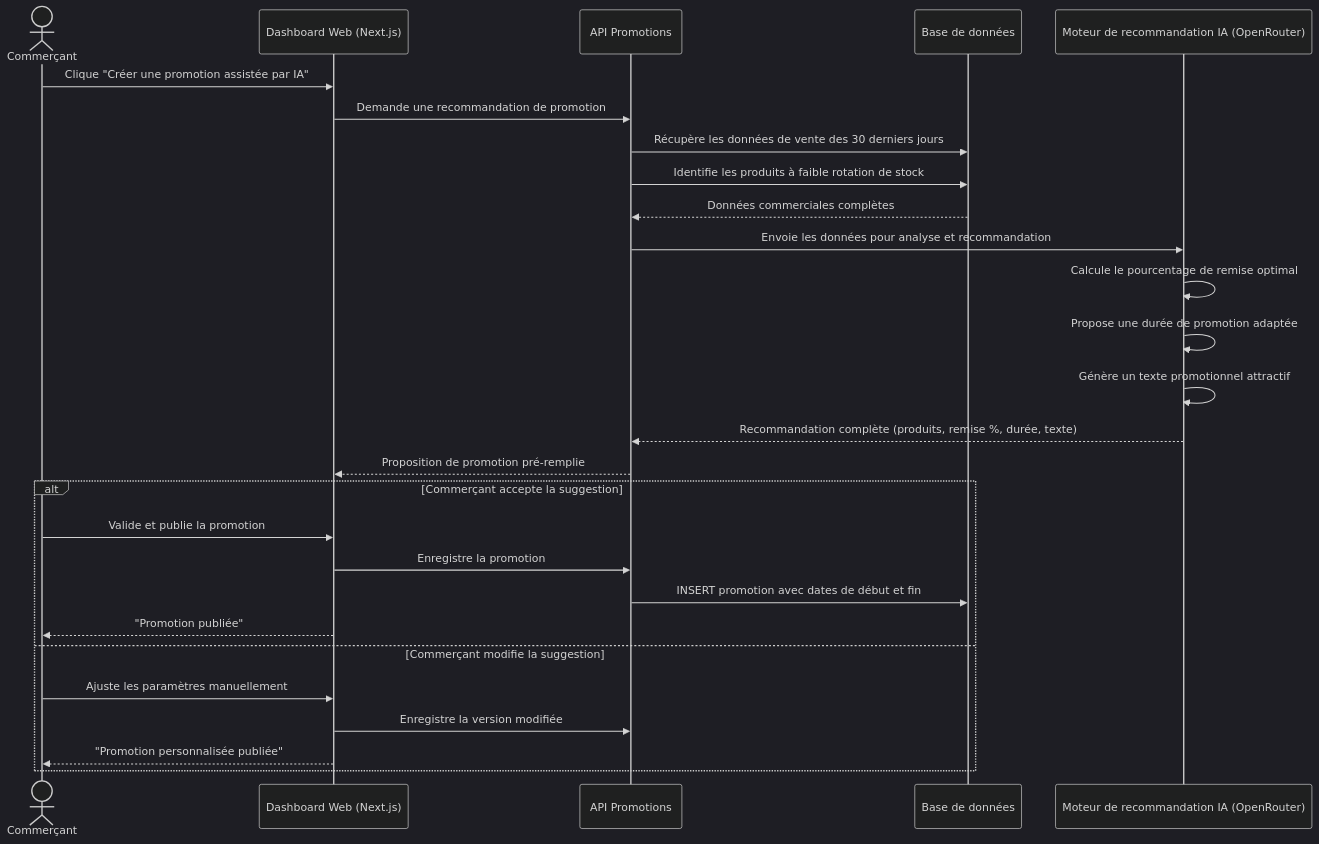
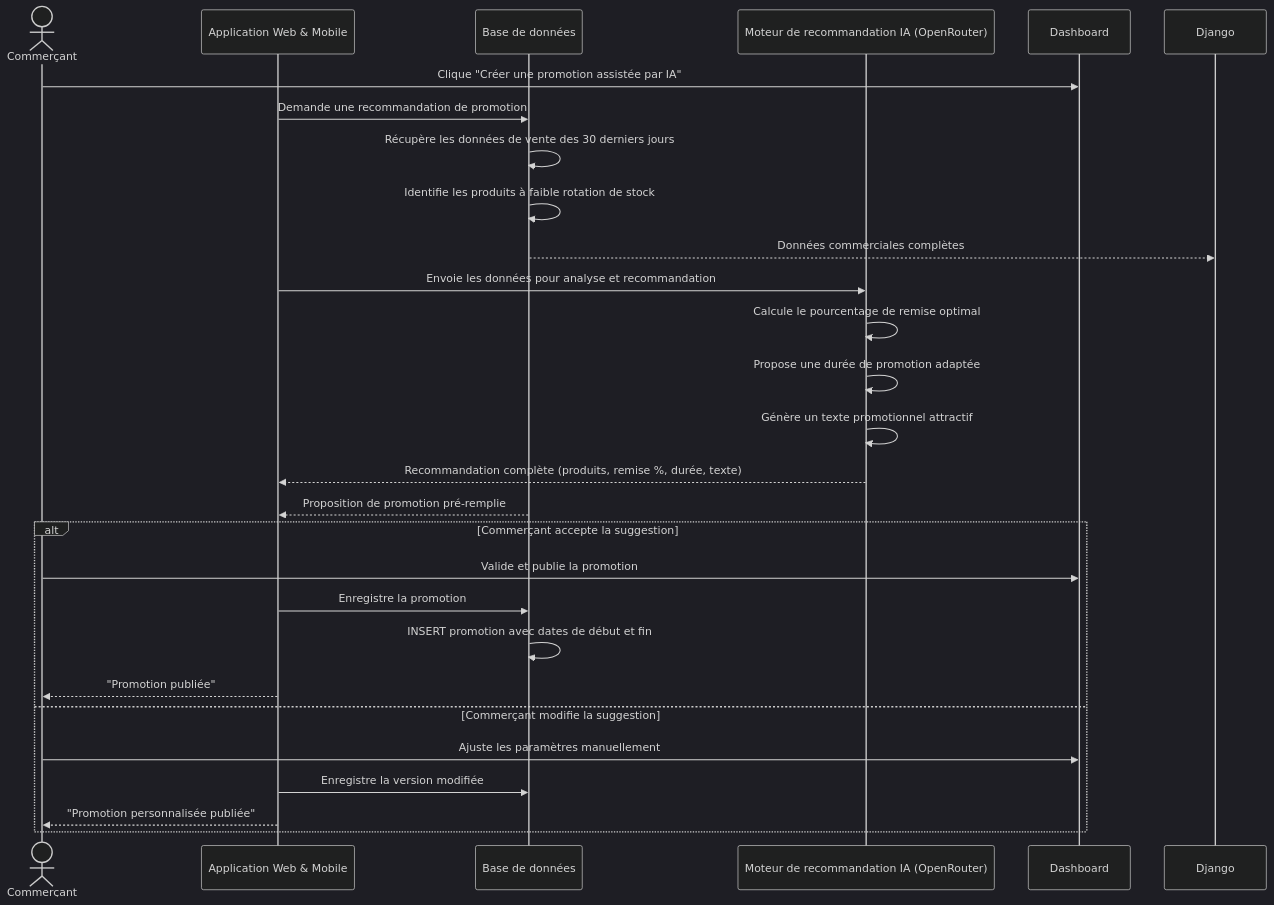
Before and after one commit to Abderrahmen1111/private-PFE-repos: diagram 15 of 22 in CHAPITRE3_CONCEPTION.md, drawn with Mermaid (dark theme). The commit also changed other lines of this file and 2 other files, not shown here.

Commit message:
docs: adapt sequence diagrams to Web/Mobile apps and Django SaaS Admin

````diff
--- a/CHAPITRE3_CONCEPTION.md
+++ b/CHAPITRE3_CONCEPTION.md
@@ -833,30 +835,30 @@
 ```mermaid
 sequenceDiagram
     actor Commerçant
-    participant Dashboard as Dashboard Web (Next.js)
-    participant Serveur as API Promotions
+    participant App as Application Web & Mobile
+    participant BD as Base de données (Supabase)
     participant BD as Base de données
     participant IA as Moteur de recommandation IA (OpenRouter)
 
     Commerçant->>Dashboard: Clique "Créer une promotion assistée par IA"
-    Dashboard->>Serveur: Demande une recommandation de promotion
-    Serveur->>BD: Récupère les données de vente des 30 derniers jours
-    Serveur->>BD: Identifie les produits à faible rotation de stock
-    BD-->>Serveur: Données commerciales complètes
-    Serveur->>IA: Envoie les données pour analyse et recommandation
+    App->>BD: Demande une recommandation de promotion
+    BD->>BD: Récupère les données de vente des 30 derniers jours
+    BD->>BD: Identifie les produits à faible rotation de stock
+    BD-->>Django: Données commerciales complètes
+    App->>IA: Envoie les données pour analyse et recommandation
     IA->>IA: Calcule le pourcentage de remise optimal
     IA->>IA: Propose une durée de promotion adaptée
     IA->>IA: Génère un texte promotionnel attractif
-    IA-->>Serveur: Recommandation complète (produits, remise %, durée, texte)
-    Serveur-->>Dashboard: Proposition de promotion pré-remplie
+    IA-->>App: Recommandation complète (produits, remise %, durée, texte)
+    BD-->>App: Proposition de promotion pré-remplie
     alt Commerçant accepte la suggestion
         Commerçant->>Dashboard: Valide et publie la promotion
-        Dashboard->>Serveur: Enregistre la promotion
-        Serveur->>BD: INSERT promotion avec dates de début et fin
-        Dashboard-->>Commerçant: "Promotion publiée"
+        App->>BD: Enregistre la promotion
+        BD->>BD: INSERT promotion avec dates de début et fin
+        App-->>Commerçant: "Promotion publiée"
     else Commerçant modifie la suggestion
         Commerçant->>Dashboard: Ajuste les paramètres manuellement
-        Dashboard->>Serveur: Enregistre la version modifiée
-        Dashboard-->>Commerçant: "Promotion personnalisée publiée"
+        App->>BD: Enregistre la version modifiée
+        App-->>Commerçant: "Promotion personnalisée publiée"
     end
 ```
````
